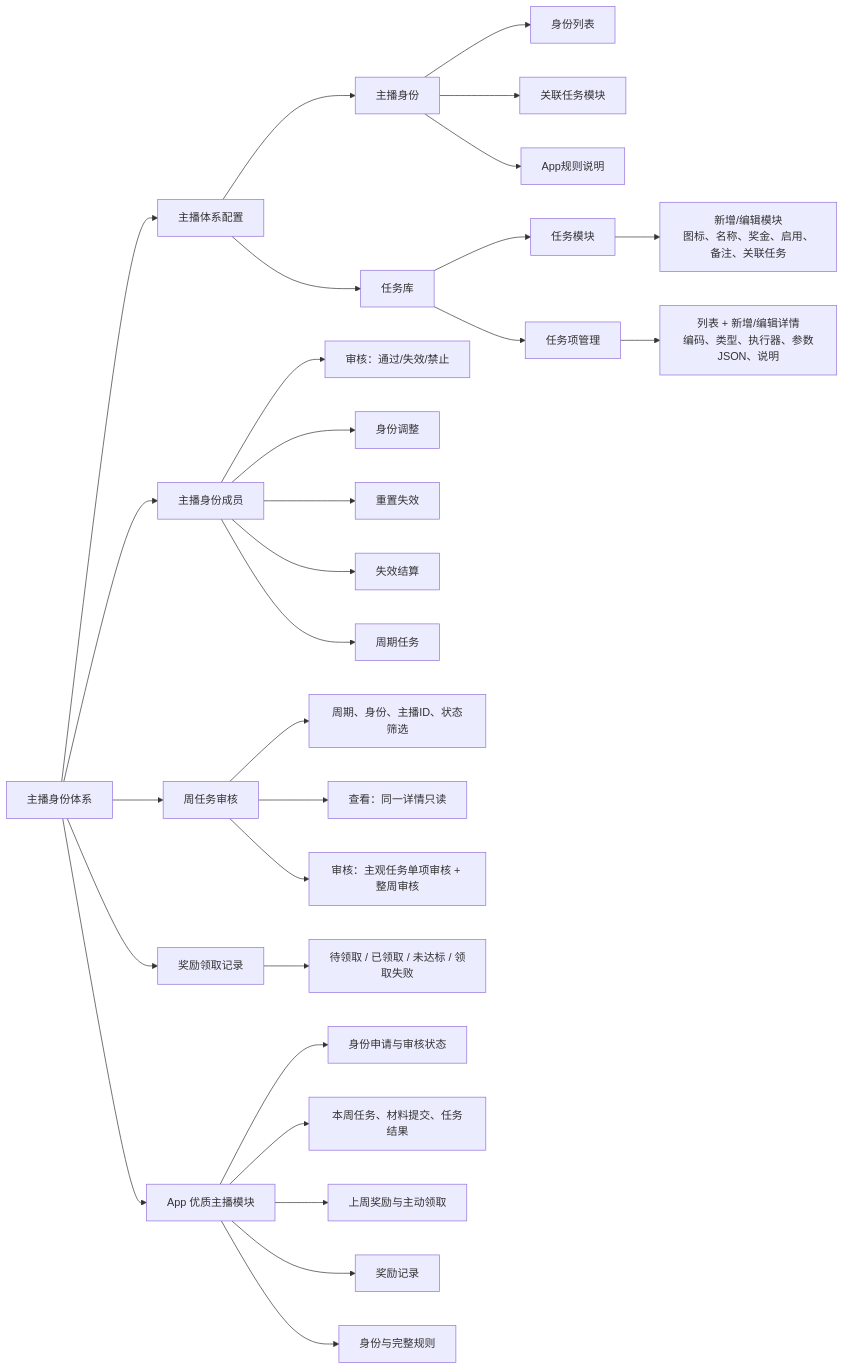
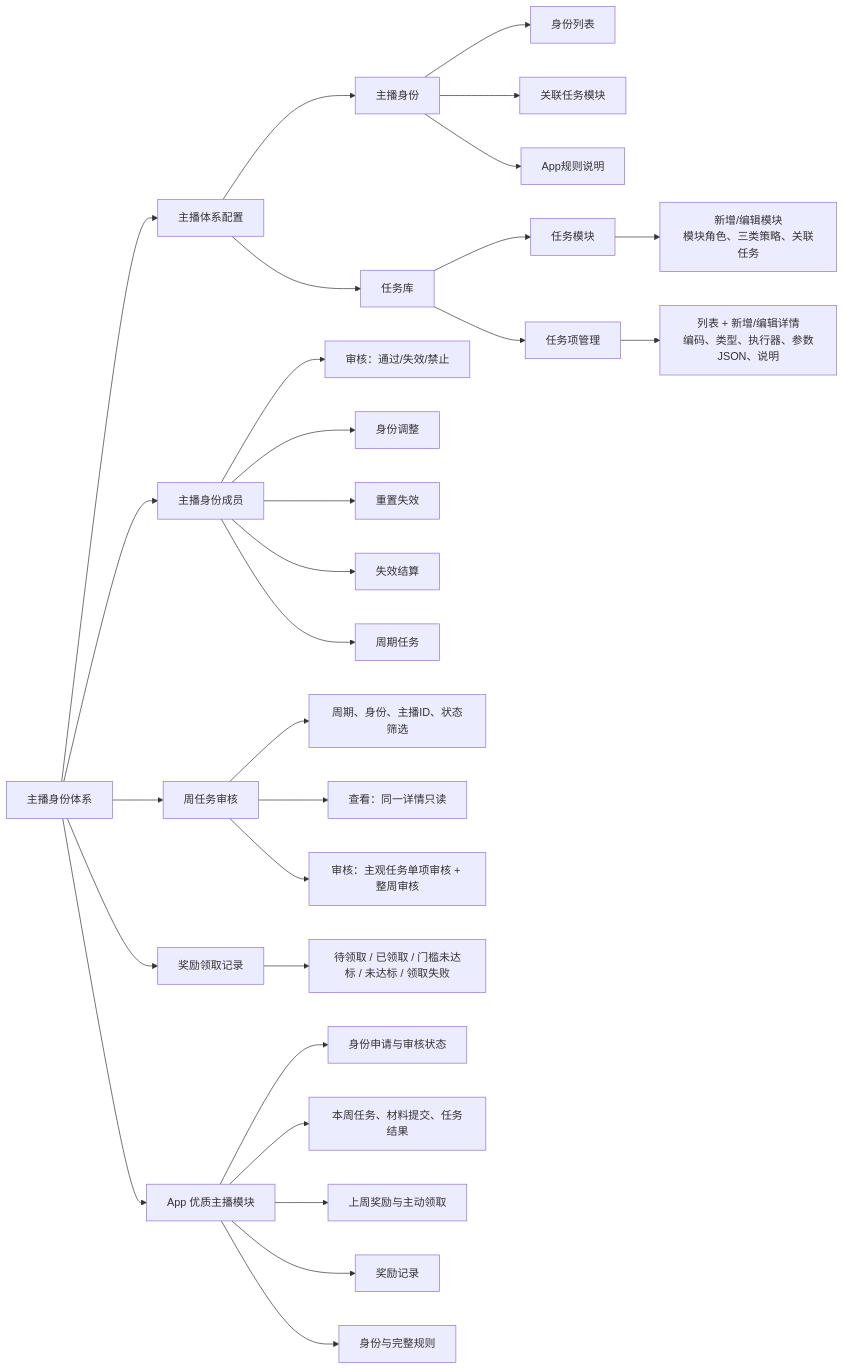
The third of 5 diagrams in sano用户任务体系/需求文档/用户身份任务体系.md (lxw13000/sano-pm), drawn with Mermaid before and after one commit. The commit also changed other lines of this file and 29 other files, not shown here.

````diff
--- a/sano用户任务体系/需求文档/用户身份任务体系.md
+++ b/sano用户任务体系/需求文档/用户身份任务体系.md
@@ -256,37 +312,37 @@
 ```mermaid
 flowchart LR
     Root["主播身份体系"]
 
     Root --> Config["主播体系配置"]
     Config --> Identity["主播身份"]
     Identity --> IdentityList["身份列表"]
     Identity --> IdentityModule["关联任务模块"]
     Identity --> AppRule["App规则说明"]
     Config --> TaskLibrary["任务库"]
     TaskLibrary --> Modules["任务模块"]
-    Modules --> ModuleEdit["新增/编辑模块<br/>图标、名称、奖金、启用、备注、关联任务"]
+    Modules --> ModuleEdit["新增/编辑模块<br/>模块角色、三类策略、关联任务"]
     TaskLibrary --> Tasks["任务项管理"]
     Tasks --> TaskEdit["列表 + 新增/编辑详情<br/>编码、类型、执行器、参数JSON、说明"]
 
     Root --> MemberManage["主播身份成员"]
     MemberManage --> MemberAudit["审核：通过/失效/禁止"]
     MemberManage --> IdentityAdjust["身份调整"]
     MemberManage --> ResetInvalid["重置失效"]
     MemberManage --> InvalidSettle["失效结算"]
     MemberManage --> CycleTask["周期任务"]
 
     Root --> Weekly["周任务审核"]
     Weekly --> WeeklyList["周期、身份、主播ID、状态筛选"]
     Weekly --> ViewMode["查看：同一详情只读"]
     Weekly --> AuditMode["审核：主观任务单项审核 + 整周审核"]
 
     Root --> RewardRecord["奖励领取记录"]
-    RewardRecord --> RewardStatus["待领取 / 已领取 / 未达标 / 领取失败"]
+    RewardRecord --> RewardStatus["待领取 / 已领取 / 门槛未达标 / 未达标 / 领取失败"]
 
     Root --> AppModule["App 优质主播模块"]
     AppModule --> ApplyStatus["身份申请与审核状态"]
     AppModule --> ThisWeek["本周任务、材料提交、任务结果"]
     AppModule --> LastWeek["上周奖励与主动领取"]
     AppModule --> RewardHistory["奖励记录"]
     AppModule --> Rules["身份与完整规则"]
 ```
````
